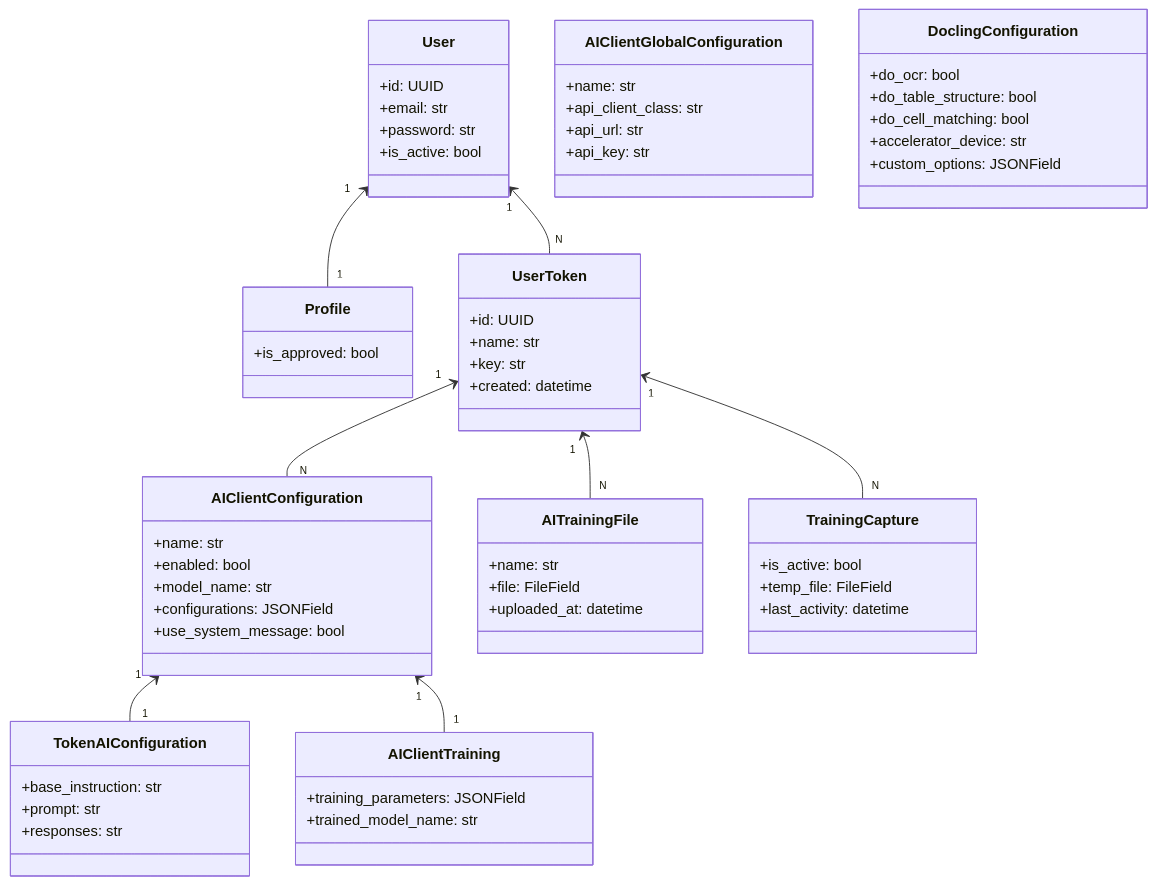
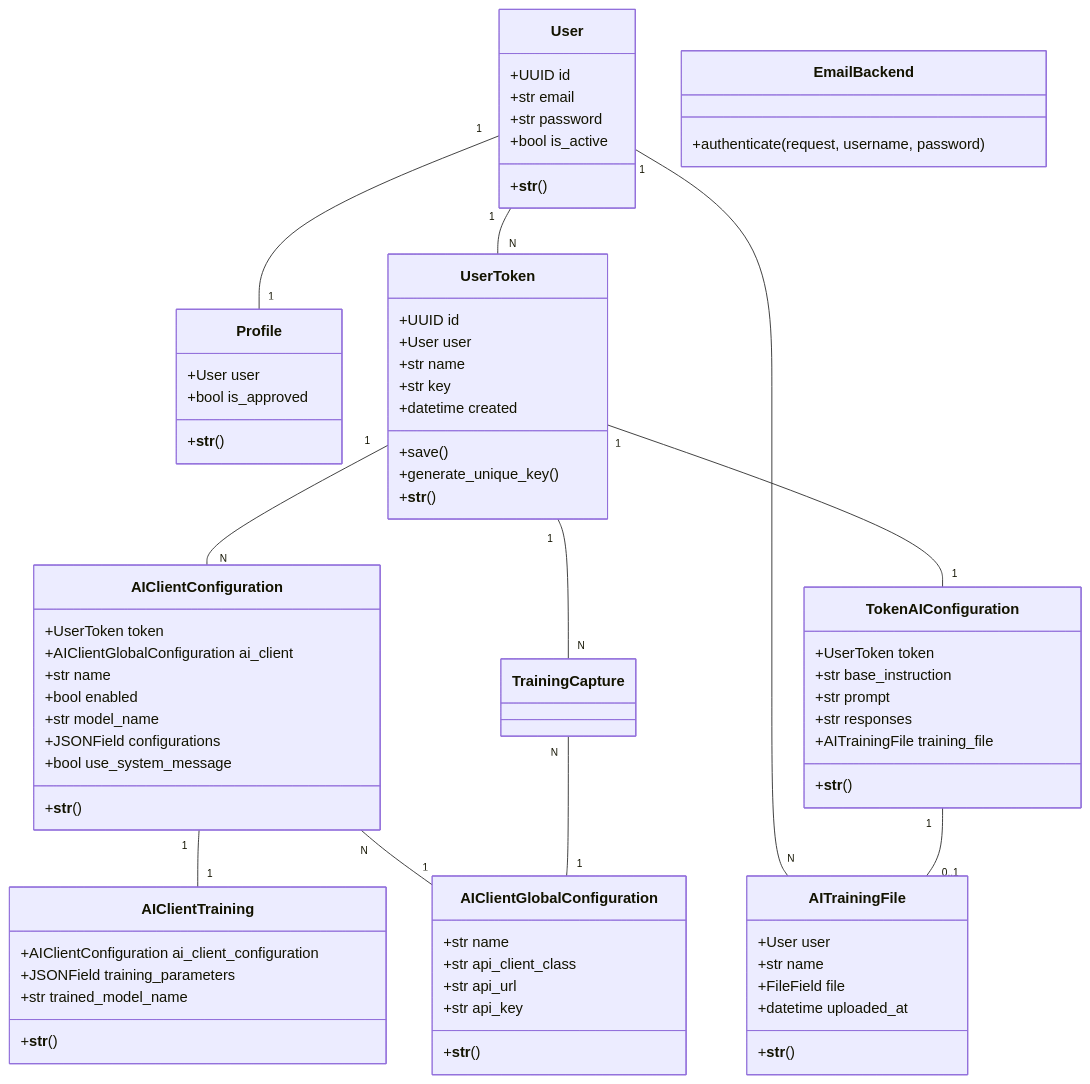
One commit to diegogrosmann/EnsinaNet.AI changed the first of 34 diagrams in README.md. Above: the diagram before and after it, drawn with Mermaid. The commit also changed other lines of this file and 8 other files, not shown here.

````diff
--- a/README.md
+++ b/README.md
@@ -371,64 +388,82 @@
 ```mermaid
 classDiagram
+    %% Accounts App
     class User {
-      +id: UUID
-      +email: str
-      +password: str
-      +is_active: bool
+        +UUID id
+        +str email
+        +str password
+        +bool is_active
+        +__str__()
     }
     class Profile {
-      +is_approved: bool
+        +User user
+        +bool is_approved
+        +__str__()
     }
     class UserToken {
-      +id: UUID
-      +name: str
-      +key: str
-      +created: datetime
+        +UUID id
+        +User user
+        +str name
+        +str key
+        +datetime created
+        +save()
+        +generate_unique_key()
+        +__str__()
     }
+    class EmailBackend {
+        +authenticate(request, username, password)
+    }
+
+    %% AI Config App
     class AIClientGlobalConfiguration {
-      +name: str
-      +api_client_class: str
-      +api_url: str
-      +api_key: str
+        +str name
+        +str api_client_class
+        +str api_url
+        +str api_key
+        +__str__()
     }
     class AIClientConfiguration {
-      +name: str
-      +enabled: bool
-      +model_name: str
-      +configurations: JSONField
-      +use_system_message: bool
+        +UserToken token
+        +AIClientGlobalConfiguration ai_client
+        +str name
+        +bool enabled
+        +str model_name
+        +JSONField configurations
+        +bool use_system_message
+        +__str__()
     }
     class TokenAIConfiguration {
-      +base_instruction: str
-      +prompt: str
-      +responses: str
+        +UserToken token
+        +str base_instruction
+        +str prompt
+        +str responses
+        +AITrainingFile training_file
+        +__str__()
     }
     class AITrainingFile {
-      +name: str
-      +file: FileField
-      +uploaded_at: datetime
+        +User user
+        +str name
+        +FileField file
+        +datetime uploaded_at
+        +__str__()
     }
     class AIClientTraining {
-      +training_parameters: JSONField
-      +trained_model_name: str
+        +AIClientConfiguration ai_client_configuration
+        +JSONField training_parameters
+        +str trained_model_name
+        +__str__()
     }
-    class TrainingCapture {
-      +is_active: bool
-      +temp_file: FileField
-      +last_activity: datetime
-    }
-    class DoclingConfiguration {
-      +do_ocr: bool
-      +do_table_structure: bool
-      +do_cell_matching: bool
-      +accelerator_device: str
-      +custom_options: JSONField
-    }
-    User "1" <-- "1" Profile
-    User "1" <-- "N" UserToken
-    UserToken "1" <-- "N" AIClientConfiguration
-    AIClientConfiguration "1" <-- "1" TokenAIConfiguration
-    UserToken "1" <-- "N" AITrainingFile
-    AIClientConfiguration "1" <-- "1" AIClientTraining
-    UserToken "1" <-- "N" TrainingCapture
+    
+    %% Relationships
+    User "1" -- "1" Profile
+    User "1" -- "N" UserToken
+    User "1" -- "N" AITrainingFile
+    UserToken "1" -- "N" AIClientConfiguration
+    UserToken "1" -- "1" TokenAIConfiguration
+    UserToken "1" -- "N" TrainingCapture
+    AIClientConfiguration "1" -- "1" AIClientTraining
+    AIClientConfiguration "N" -- "1" AIClientGlobalConfiguration
+    TrainingCapture "N" -- "1" AIClientGlobalConfiguration
+    TokenAIConfiguration "1" -- "0..1" AITrainingFile
+
 ```
````
